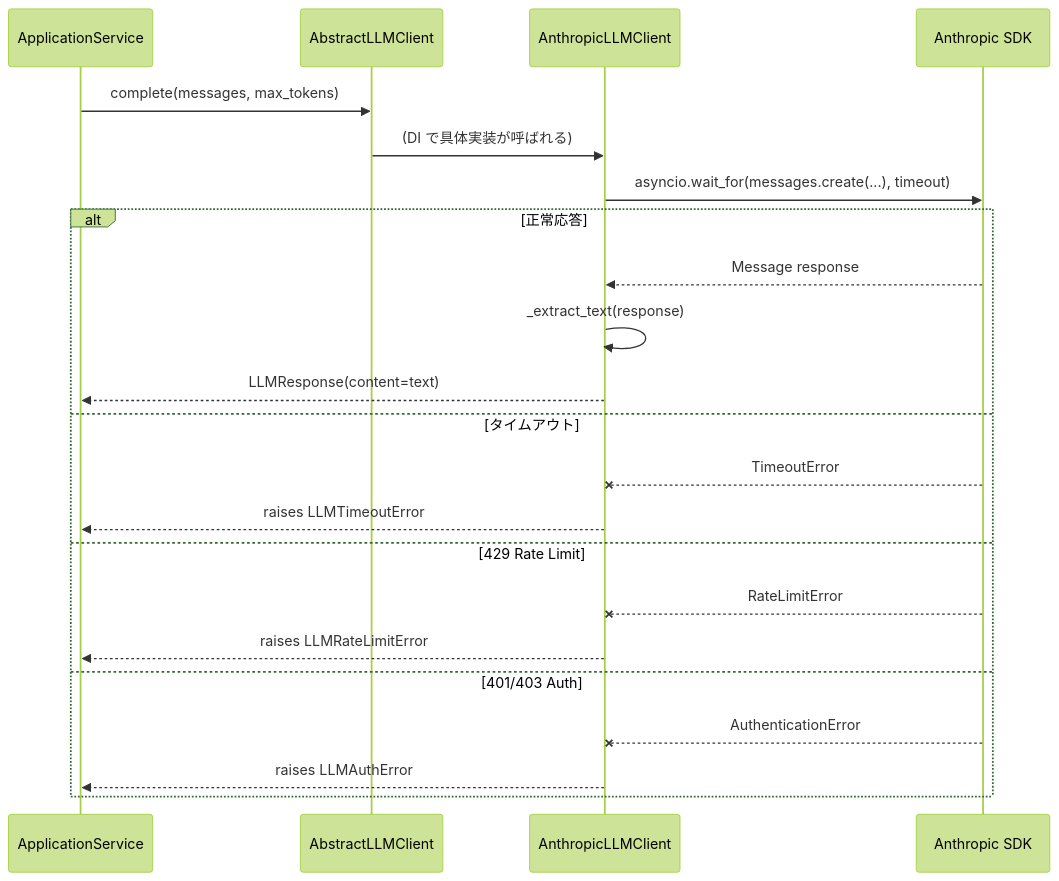
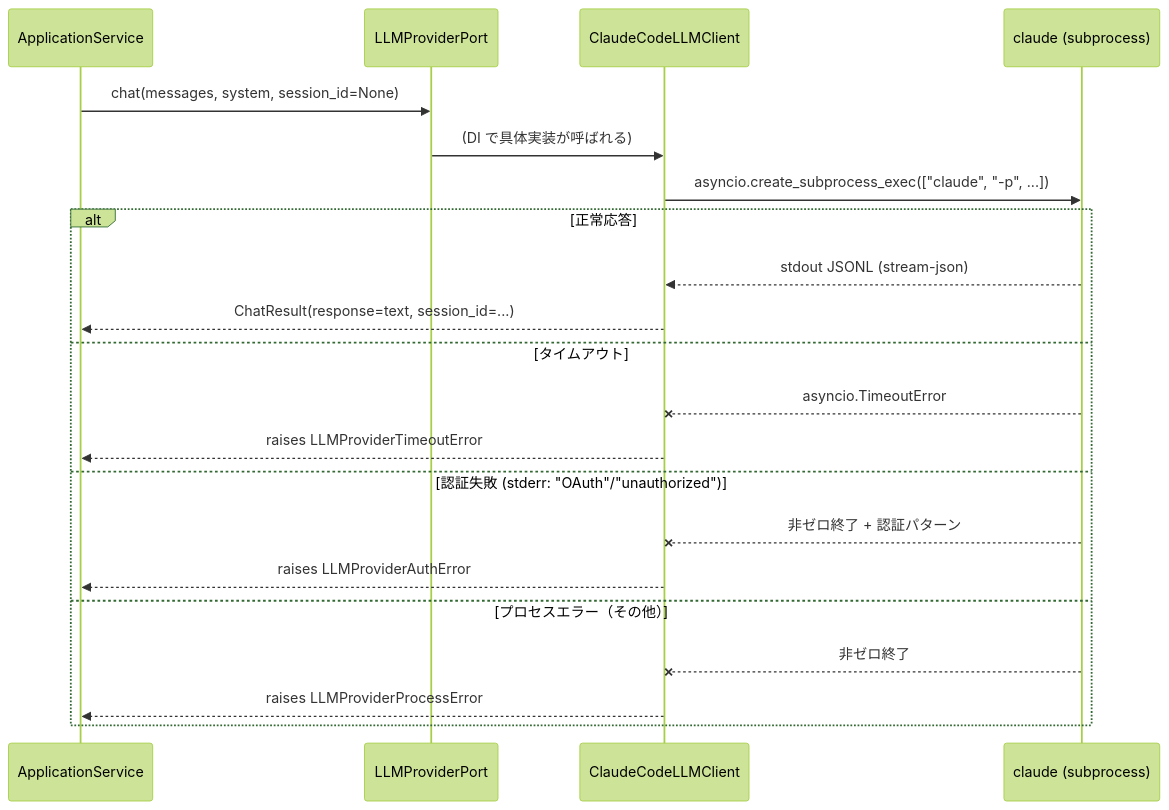
One commit to bakufu-dev/bakufu changed the second of 2 diagrams in docs/features/llm-client/domain/basic-design.md. Above: the diagram before and after it, drawn with Mermaid (forest theme). The commit also changed other lines of this file and 1 other file, not shown here.

First line of the commit message:
docs(#123): llm-client/domain を LLMProviderPort 専用設計に全面書き換え

````diff
--- a/docs/features/llm-client/domain/basic-design.md
+++ b/docs/features/llm-client/domain/basic-design.md
@@ -176,25 +143,24 @@
 ```mermaid
 sequenceDiagram
     participant Svc as ApplicationService
-    participant Port as AbstractLLMClient
-    participant Impl as AnthropicLLMClient
-    participant SDK as Anthropic SDK
+    participant Port as LLMProviderPort
+    participant Impl as ClaudeCodeLLMClient
+    participant CLI as claude (subprocess)
 
-    Svc->>Port: complete(messages, max_tokens)
+    Svc->>Port: chat(messages, system, session_id=None)
     Port->>Impl: (DI で具体実装が呼ばれる)
-    Impl->>SDK: asyncio.wait_for(messages.create(...), timeout)
+    Impl->>CLI: asyncio.create_subprocess_exec(["claude", "-p", ...])
     alt 正常応答
-        SDK-->>Impl: Message response
-        Impl->>Impl: _extract_text(response)
-        Impl-->>Svc: LLMResponse(content=text)
+        CLI-->>Impl: stdout JSONL (stream-json)
+        Impl-->>Svc: ChatResult(response=text, session_id=...)
     else タイムアウト
-        SDK--xImpl: TimeoutError
-        Impl-->>Svc: raises LLMTimeoutError
-    else 429 Rate Limit
-        SDK--xImpl: RateLimitError
-        Impl-->>Svc: raises LLMRateLimitError
-    else 401/403 Auth
-        SDK--xImpl: AuthenticationError
-        Impl-->>Svc: raises LLMAuthError
+        CLI--xImpl: asyncio.TimeoutError
+        Impl-->>Svc: raises LLMProviderTimeoutError
+    else 認証失敗 (stderr: "OAuth"/"unauthorized")
+        CLI--xImpl: 非ゼロ終了 + 認証パターン
+        Impl-->>Svc: raises LLMProviderAuthError
+    else プロセスエラー（その他）
+        CLI--xImpl: 非ゼロ終了
+        Impl-->>Svc: raises LLMProviderProcessError
     end
 ```
````
